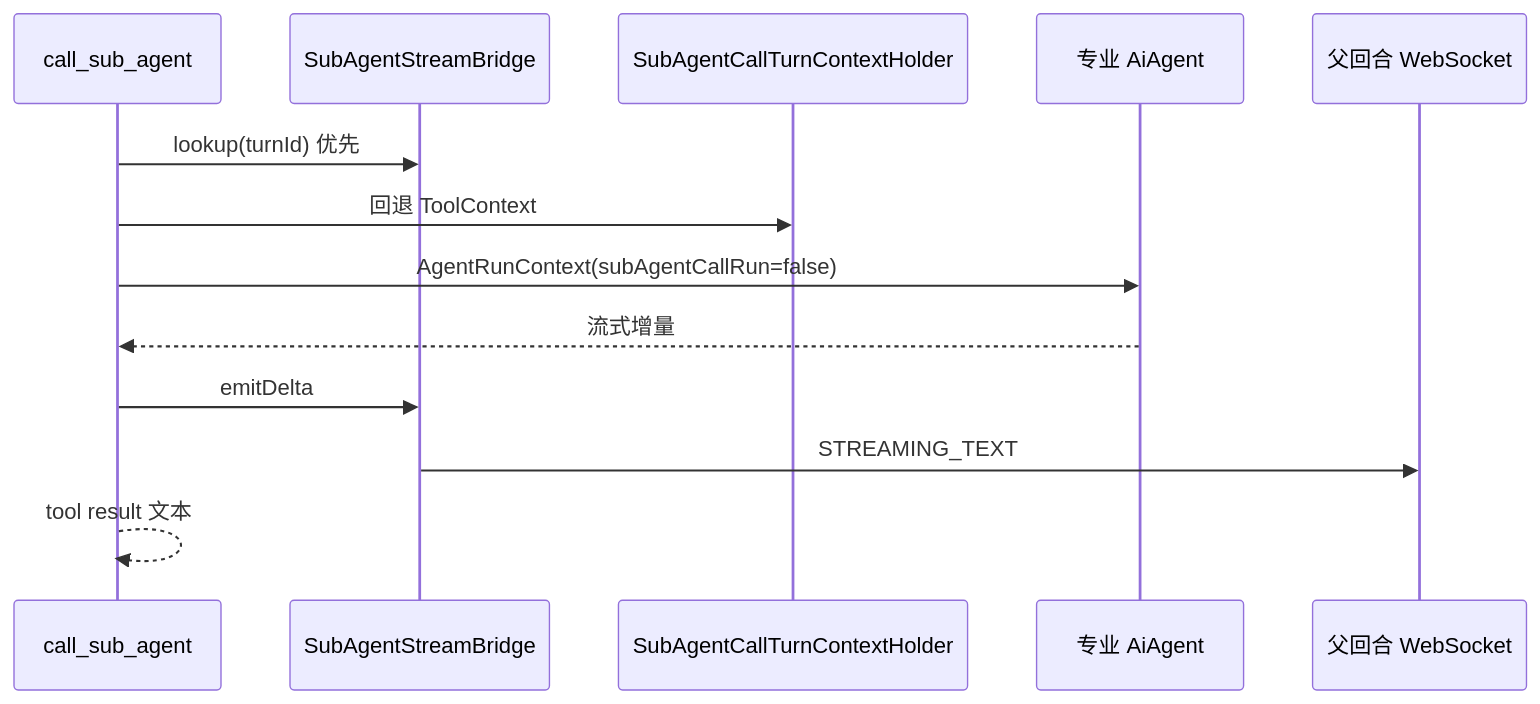
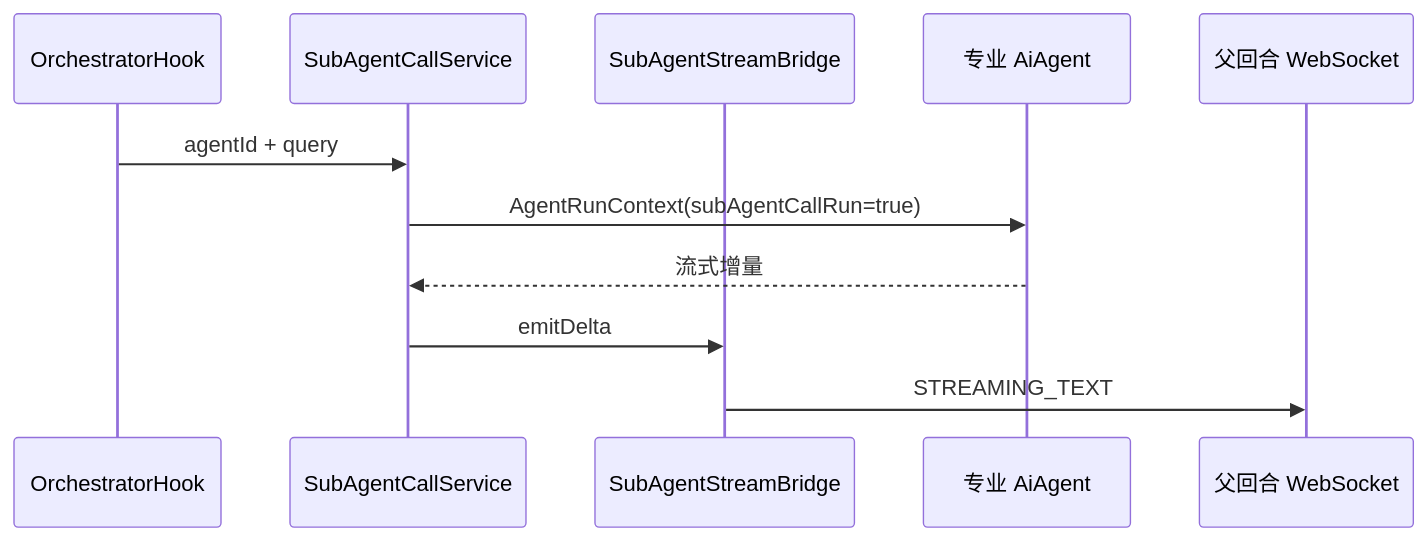
Before and after one commit to j2agent-ai/j2agent-docs: the second of 3 diagrams in 平台/通用助手/子智能体调用与记忆.md, drawn with Mermaid. The commit also changed other lines of this file and 7 other files, not shown here.

First line of the commit message:
feat(universal): 实现通用助手被动意图召回与子智能体编排调度

````diff
--- a/平台/通用助手/子智能体调用与记忆.md
+++ b/平台/通用助手/子智能体调用与记忆.md
@@ -85,16 +61,14 @@
 ```mermaid
 sequenceDiagram
-  participant Tool as call_sub_agent
+  participant Hook as OrchestratorHook
+  participant Call as SubAgentCallService
   participant Bridge as SubAgentStreamBridge
-  participant Holder as SubAgentCallTurnContextHolder
   participant Sub as 专业 AiAgent
   participant WS as 父回合 WebSocket
 
-  Tool->>Bridge: lookup(turnId) 优先
-  Tool->>Holder: 回退 ToolContext
-  Tool->>Sub: AgentRunContext(subAgentCallRun=false)
-  Sub-->>Tool: 流式增量
-  Tool->>Bridge: emitDelta
+  Hook->>Call: agentId + query
+  Call->>Sub: AgentRunContext(subAgentCallRun=true)
+  Sub-->>Call: 流式增量
+  Call->>Bridge: emitDelta
   Bridge->>WS: STREAMING_TEXT
-  Tool-->>Tool: tool result 文本
 ```
````
